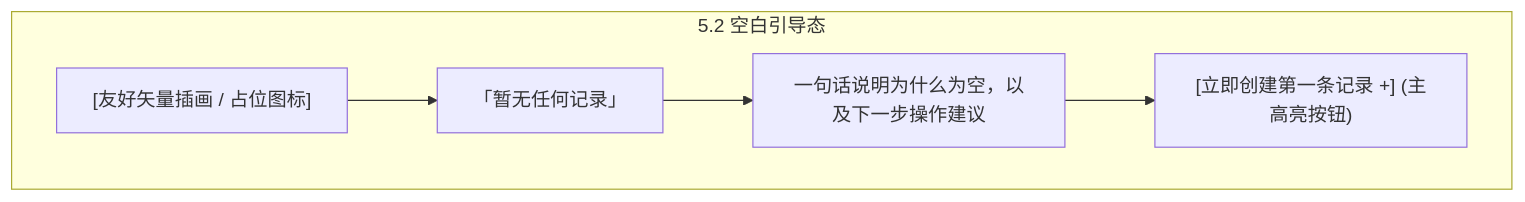
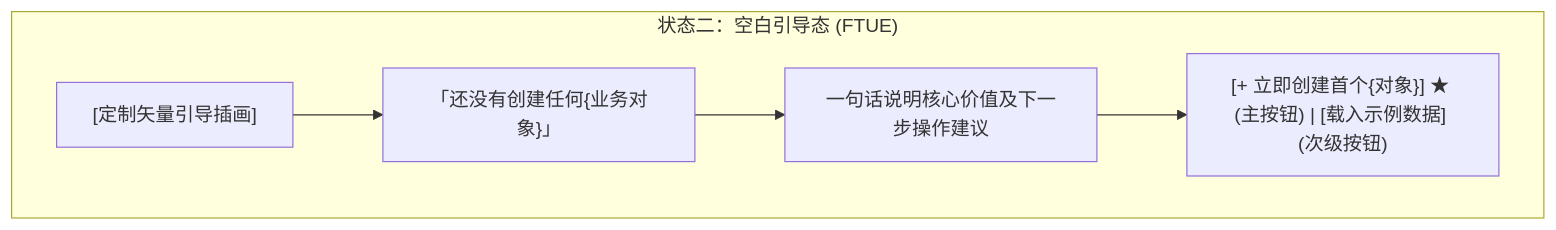
The third of 5 diagrams in resources/templates/product_design/prototype_template.md (zhaoxuan-inside/hs-dev-skill), drawn with Mermaid before and after one commit. The commit also changed other lines of this file and 10 other files, not shown here.

Commit message:
feat(product-design): upgrade stage-0 product discovery, UX laws, dual-track ASCII+Mermaid prototypes, and Gherkin DoD (v2.25)

````diff
--- a/resources/templates/product_design/prototype_template.md
+++ b/resources/templates/product_design/prototype_template.md
@@ -120,10 +159,10 @@
 ```mermaid
 flowchart TB
-  subgraph Empty["5.2 空白引导态"]
-    EmptyIcon["[友好矢量插画 / 占位图标]"]
-    EmptyTitle["「暂无任何记录」"]
-    EmptyDesc["一句话说明为什么为空，以及下一步操作建议"]
-    EmptyCTA["[立即创建第一条记录 +] (主高亮按钮)"]
+  subgraph Empty["状态二：空白引导态 (FTUE)"]
+    EmptyIcon["[定制矢量引导插画]"]
+    EmptyTitle["「还没有创建任何{业务对象}」"]
+    EmptyDesc["一句话说明核心价值及下一步操作建议"]
+    EmptyCTA["[+ 立即创建首个{对象}] ★ (主按钮) | [载入示例数据] (次级按钮)"]
     EmptyIcon --> EmptyTitle --> EmptyDesc --> EmptyCTA
   end
 ```
````
